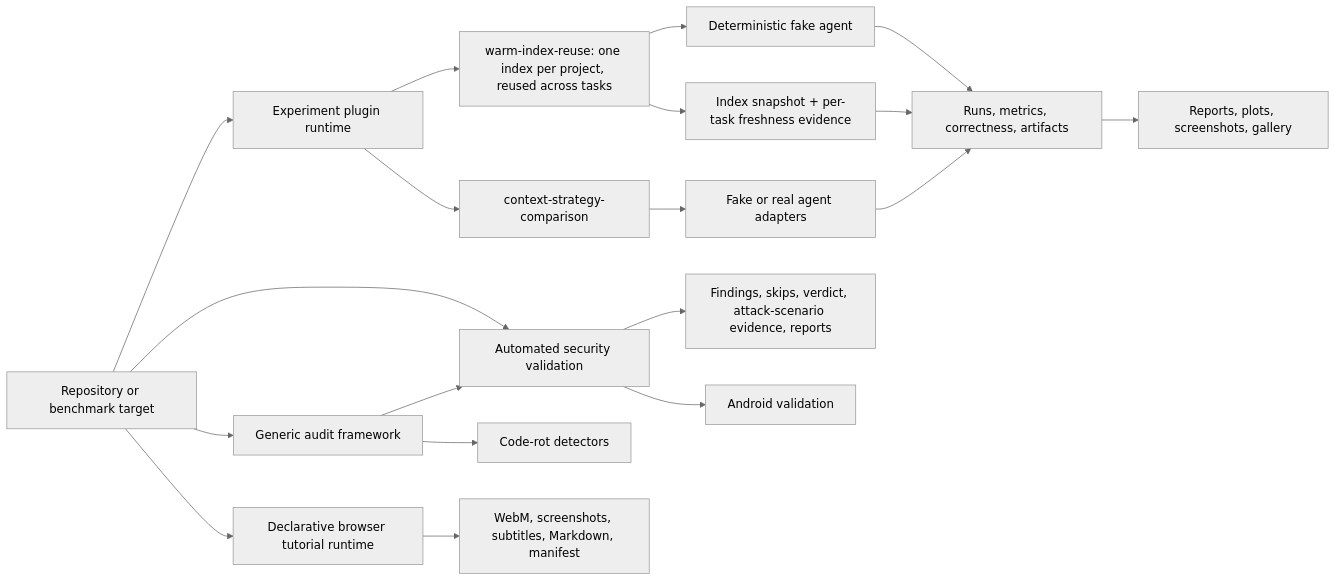
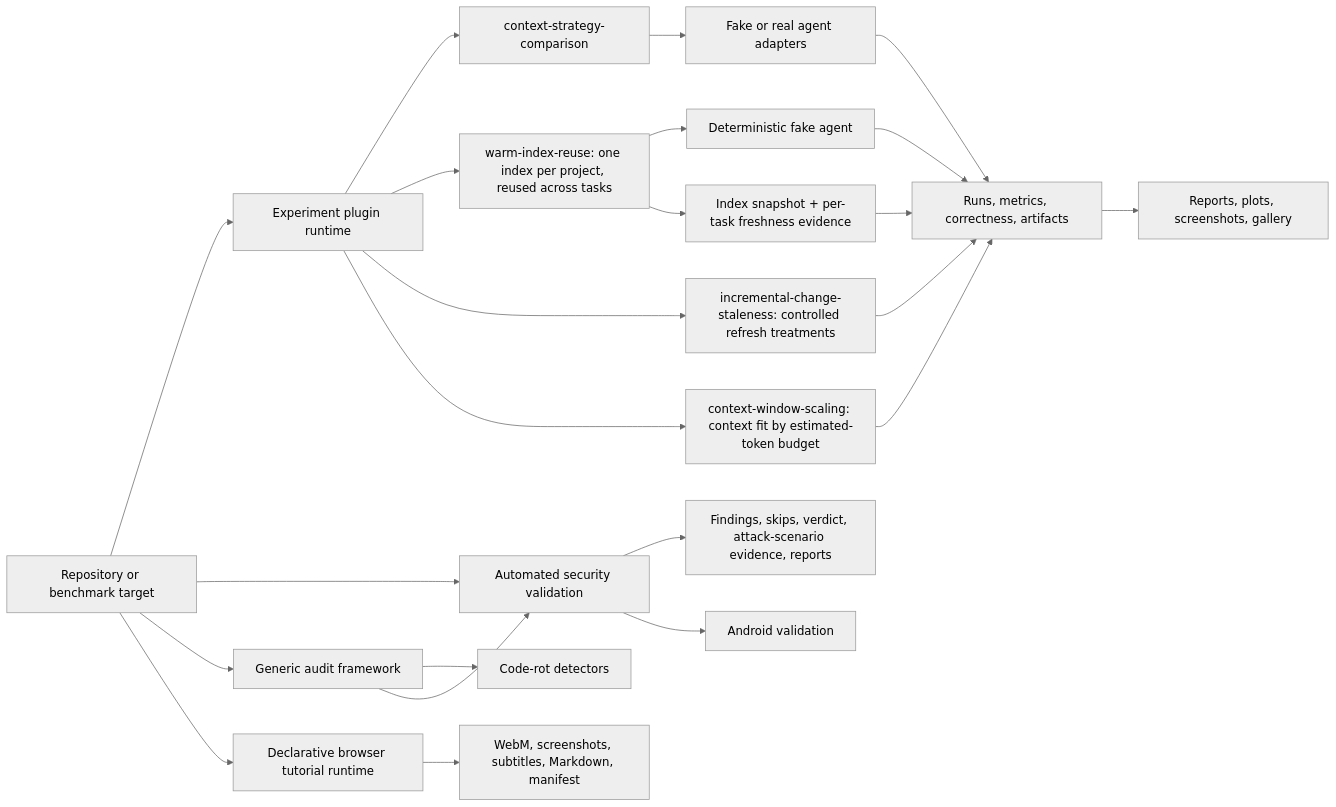
Before and after one commit to dailephd/my-dev-kit-lab: the diagram in docs/PROJECT_OVERVIEW.md, drawn with Mermaid (neutral theme). The commit also changed other lines of this file and 10 other files, not shown here.

````diff
--- a/docs/PROJECT_OVERVIEW.md
+++ b/docs/PROJECT_OVERVIEW.md
@@ -47,24 +49,28 @@
 ```mermaid
 flowchart LR
   Target[Repository or benchmark target] --> Experiment[Experiment plugin runtime]
   Experiment --> Plugin[context-strategy-comparison]
   Experiment --> WarmPlugin[warm-index-reuse: one index per project, reused across tasks]
+  Experiment --> StalenessPlugin[incremental-change-staleness: controlled refresh treatments]
+  Experiment --> ScalingPlugin[context-window-scaling: context fit by estimated-token budget]
   Plugin --> Agents[Fake or real agent adapters]
   WarmPlugin --> FakeAgent[Deterministic fake agent]
+  StalenessPlugin --> Evidence
+  ScalingPlugin --> Evidence
   FakeAgent --> Evidence
   WarmPlugin --> IndexSnapshotFreshness[Index snapshot + per-task freshness evidence]
   IndexSnapshotFreshness --> Evidence
   Agents --> Evidence[Runs, metrics, correctness, artifacts]
   Evidence --> Reports[Reports, plots, screenshots, gallery]
 
   Target --> Security[Automated security validation]
   Security --> SecurityEvidence[Findings, skips, verdict, attack-scenario evidence, reports]
   Security --> Android[Android validation]
 
   Target --> Audit[Generic audit framework]
   Audit --> CodeRot[Code-rot detectors]
   Audit --> Security
 
   Target --> Tutorial[Declarative browser tutorial runtime]
   Tutorial --> TutorialEvidence[WebM, screenshots, subtitles, Markdown, manifest]
 ```
````
